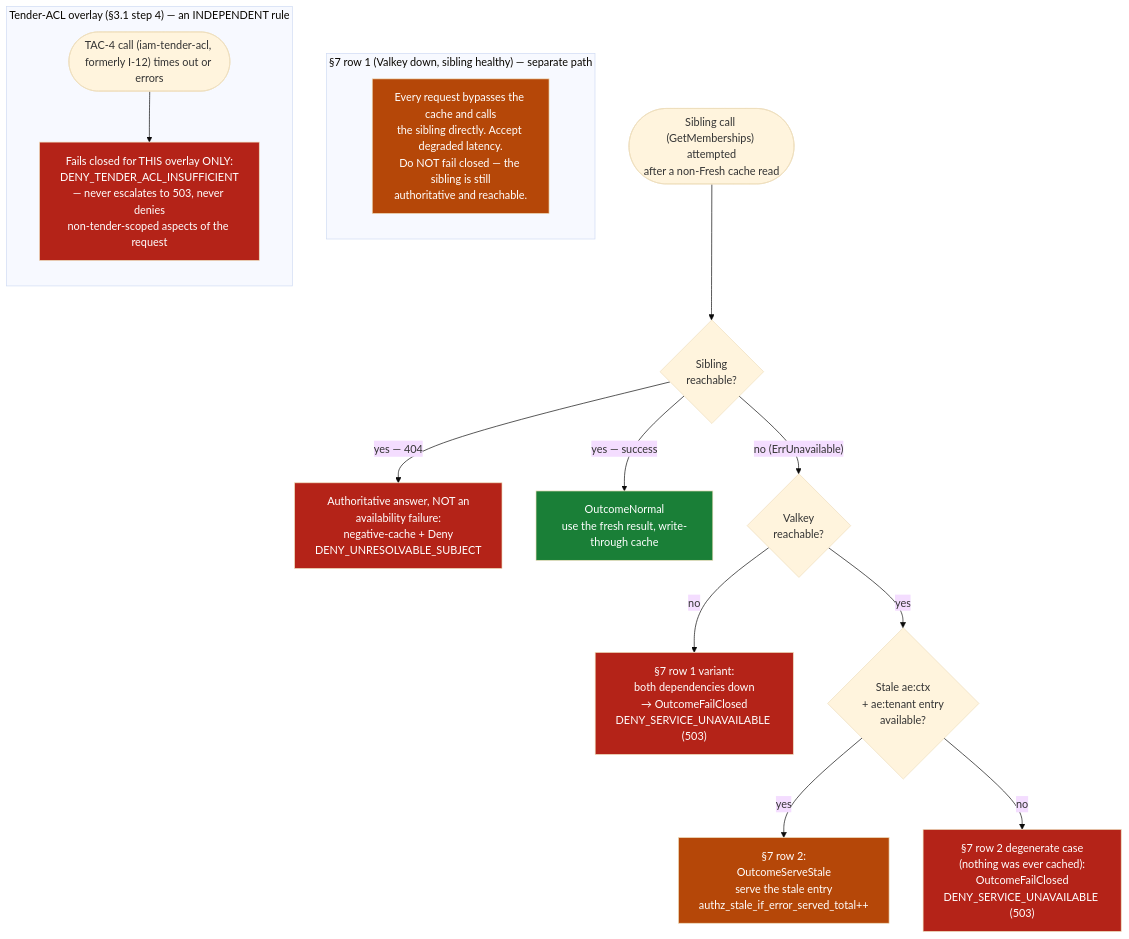
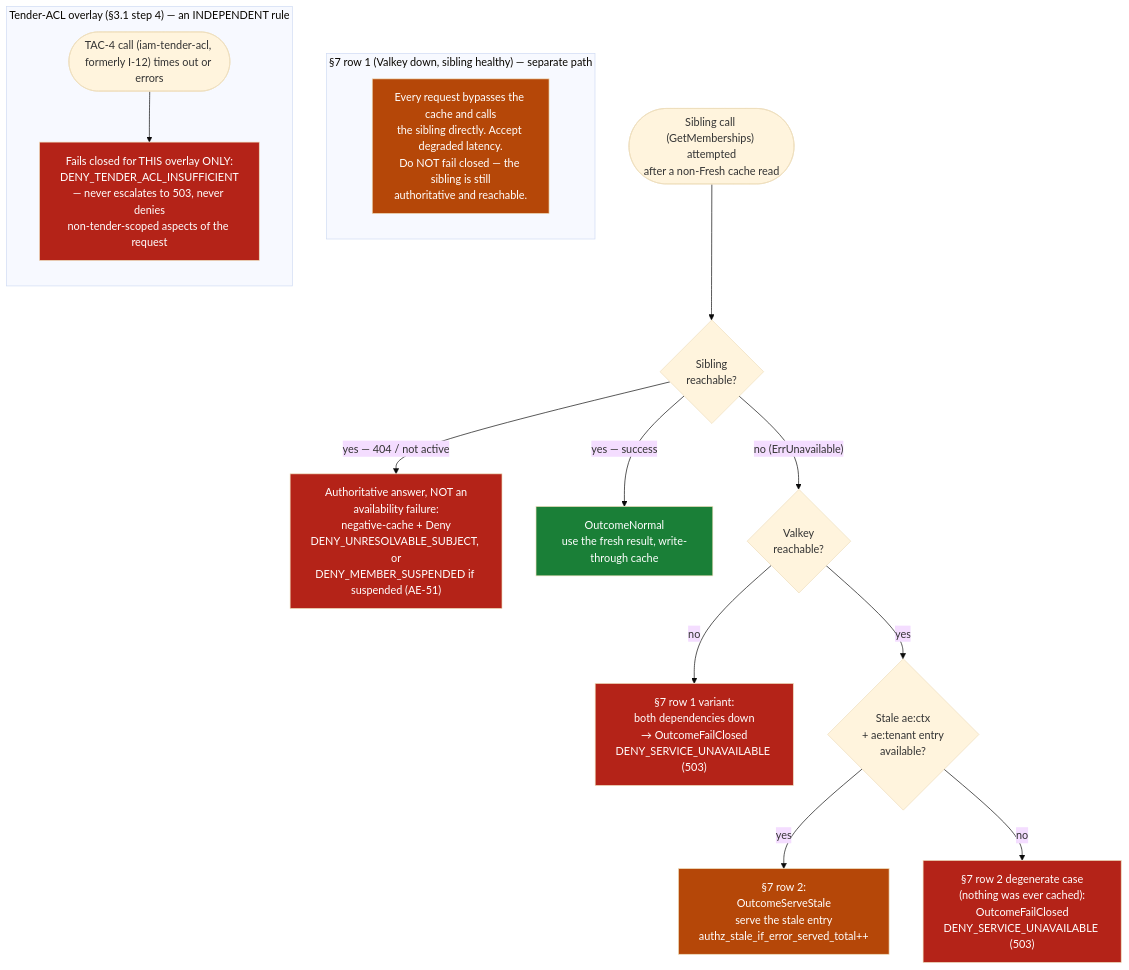
Before and after one commit to BCBP-SOLUTIONS-FZC-LLC/iam-authz-enrichment: the diagram in docs/architecture/mermaid/failure-handling.mmd, drawn with Mermaid (base theme). The commit also changed 44 other files, not shown here.

First line of the commit message:
feat(authz): DENY_MEMBER_SUSPENDED, published deny-code list, cache write guard (AE-51, LLD rev 1.51) (#44)

```diff
--- a/docs/architecture/mermaid/failure-handling.mmd
+++ b/docs/architecture/mermaid/failure-handling.mmd
@@ -1,30 +1,30 @@
 flowchart TD
     start(["Sibling call (GetMemberships) attempted\nafter a non-Fresh cache read"]) --> reachable{"Sibling\nreachable?"}
 
-    reachable -- "yes — 404" --> notfound["Authoritative answer, NOT an\navailability failure:\nnegative-cache + Deny\nDENY_UNRESOLVABLE_SUBJECT"]
+    reachable -- "yes — 404 / not active" --> notfound["Authoritative answer, NOT an\navailability failure:\nnegative-cache + Deny\nDENY_UNRESOLVABLE_SUBJECT, or\nDENY_MEMBER_SUSPENDED if suspended (AE-51)"]
     reachable -- "yes — success" --> normal["OutcomeNormal\nuse the fresh result, write-through cache"]
 
     reachable -- "no (ErrUnavailable)" --> valkeyup{"Valkey\nreachable?"}
 
     valkeyup -- "no" --> row1["§7 row 1 variant:\nboth dependencies down\n→ OutcomeFailClosed\nDENY_SERVICE_UNAVAILABLE (503)"]
 
     valkeyup -- "yes" --> stale{"Stale ae:ctx\n+ ae:tenant entry\navailable?"}
     stale -- "yes" --> row2a["§7 row 2:\nOutcomeServeStale\nserve the stale entry\nauthz_stale_if_error_served_total++"]
     stale -- "no" --> row2b["§7 row 2 degenerate case\n(nothing was ever cached):\nOutcomeFailClosed\nDENY_SERVICE_UNAVAILABLE (503)"]
 
     subgraph row1note["§7 row 1 (Valkey down, sibling healthy) — separate path"]
         direction TD
         bypass["Every request bypasses the cache and calls\nthe sibling directly. Accept degraded latency.\nDo NOT fail closed — the sibling is still\nauthoritative and reachable."]
     end
 
     subgraph tenderacl["Tender-ACL overlay (§3.1 step 4) — an INDEPENDENT rule"]
         direction TD
         t1(["TAC-4 call (iam-tender-acl, formerly I-12) times out or errors"]) --> t2["Fails closed for THIS overlay ONLY:\nDENY_TENDER_ACL_INSUFFICIENT\n— never escalates to 503, never denies\nnon-tender-scoped aspects of the request"]
     end
 
     classDef allow fill:#1a7f37,color:#fff;
     classDef deny fill:#b42318,color:#fff;
     classDef degrade fill:#b54708,color:#fff;
     class normal allow
     class notfound,row1,row2b,t2 deny
     class row2a,bypass degrade
```
